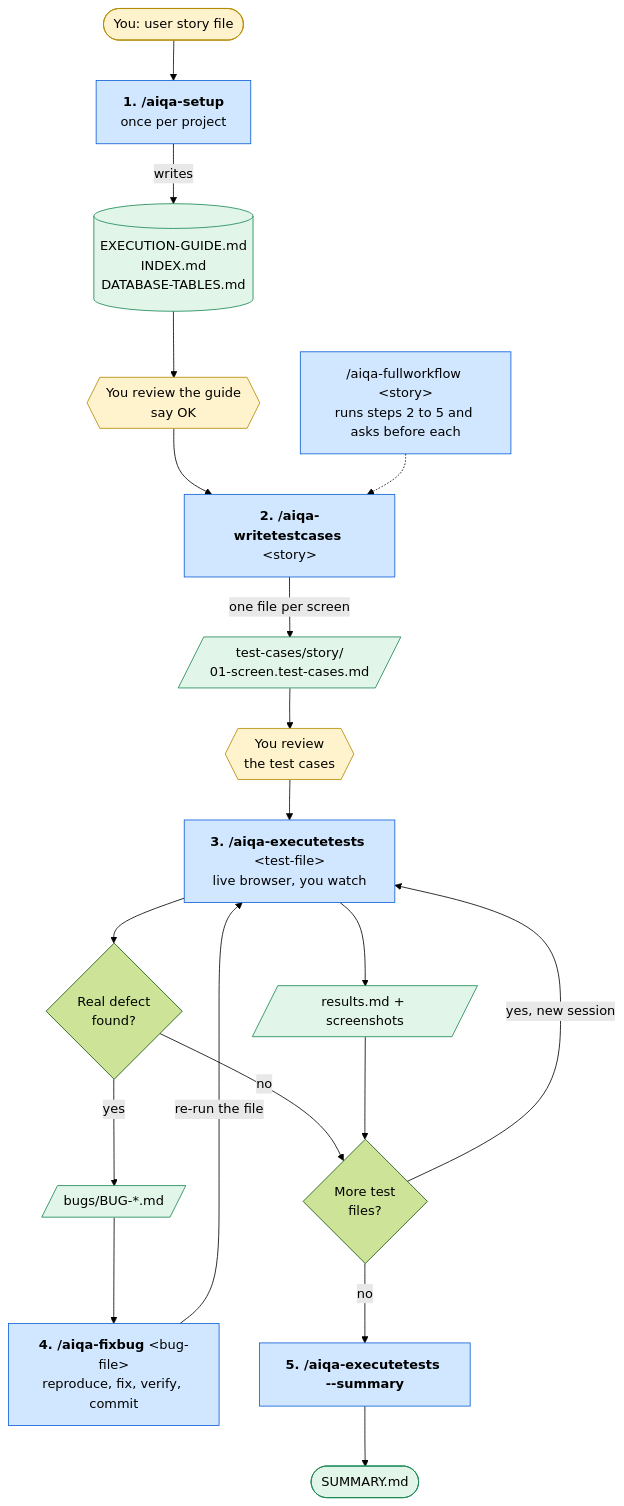
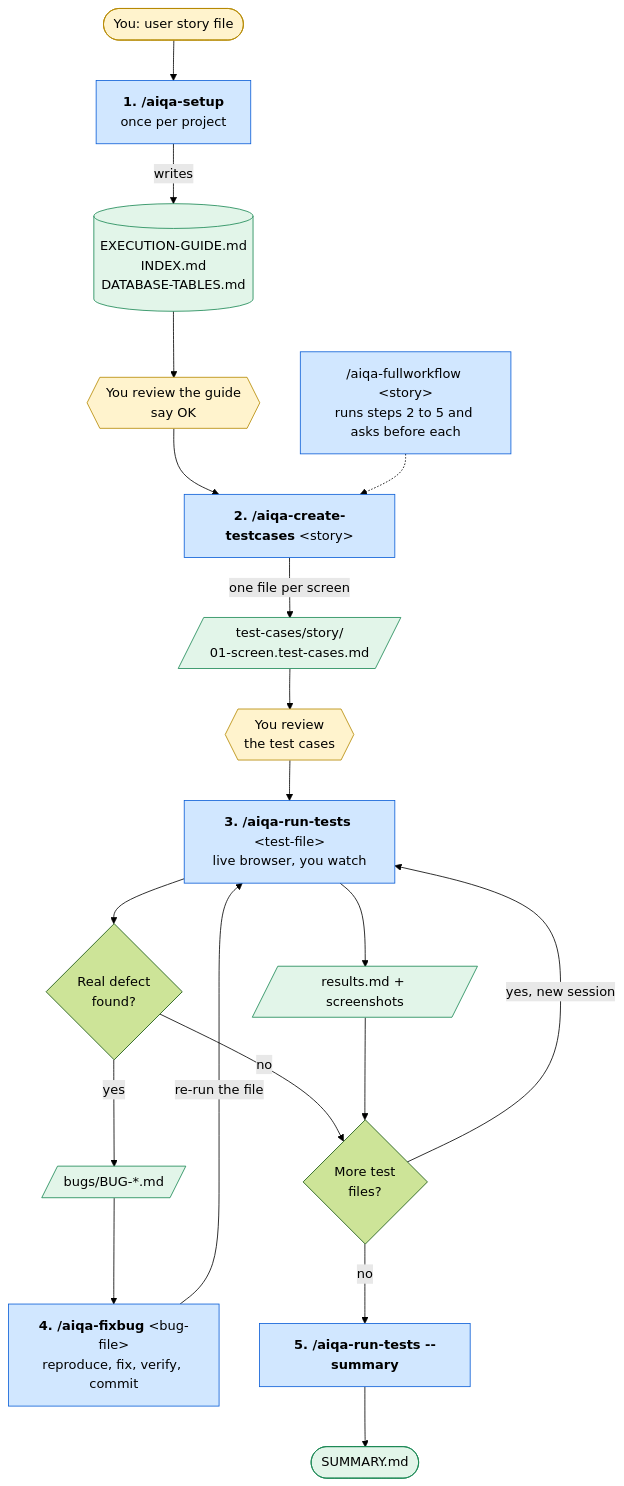
The diagram in docs/diagrams/workflow-overview.mmd (afmelwekeel/AI-QA-Framework), drawn with Mermaid (forest theme) before and after one commit. The commit also changed 38 other files, not shown here.

```diff
--- a/docs/diagrams/workflow-overview.mmd
+++ b/docs/diagrams/workflow-overview.mmd
@@ -1,33 +1,33 @@
 flowchart TD
     A([You: user story file]) --> S
 
     S["<b>1. /aiqa-setup</b><br/>once per project"]
     S -->|writes| G[("EXECUTION-GUIDE.md<br/>INDEX.md<br/>DATABASE-TABLES.md")]
     G --> R{{"You review the guide<br/>say OK"}}
     R --> W
 
-    W["<b>2. /aiqa-writetestcases</b> &lt;story&gt;"]
+    W["<b>2. /aiqa-create-testcases</b> &lt;story&gt;"]
     W -->|one file per screen| TC[/"test-cases/story/<br/>01-screen.test-cases.md"/]
     TC --> R2{{"You review<br/>the test cases"}}
     R2 --> E
 
-    E["<b>3. /aiqa-executetests</b> &lt;test-file&gt;<br/>live browser, you watch"]
+    E["<b>3. /aiqa-run-tests</b> &lt;test-file&gt;<br/>live browser, you watch"]
     E --> RES[/"results.md + screenshots"/]
     E --> Q{Real defect<br/>found?}
     Q -->|yes| BUG[/"bugs/BUG-*.md"/]
     Q -->|no| MORE
     BUG --> F["<b>4. /aiqa-fixbug</b> &lt;bug-file&gt;<br/>reproduce, fix, verify, commit"]
     F -->|re-run the file| E
     RES --> MORE{More test<br/>files?}
     MORE -->|yes, new session| E
-    MORE -->|no| SUM["<b>5. /aiqa-executetests --summary</b>"]
+    MORE -->|no| SUM["<b>5. /aiqa-run-tests --summary</b>"]
     SUM --> DONE([SUMMARY.md])
 
     FW["/aiqa-fullworkflow &lt;story&gt;<br/>runs steps 2 to 5 and asks before each"] -.-> W
 
     classDef you fill:#fff3cd,stroke:#b58900,color:#000;
     classDef cmd fill:#d1e7ff,stroke:#0b5ed7,color:#000;
     classDef out fill:#e2f5e9,stroke:#198754,color:#000;
     class A,R,R2 you;
     class S,W,E,F,SUM,FW cmd;
     class G,TC,RES,BUG,DONE out;
```
